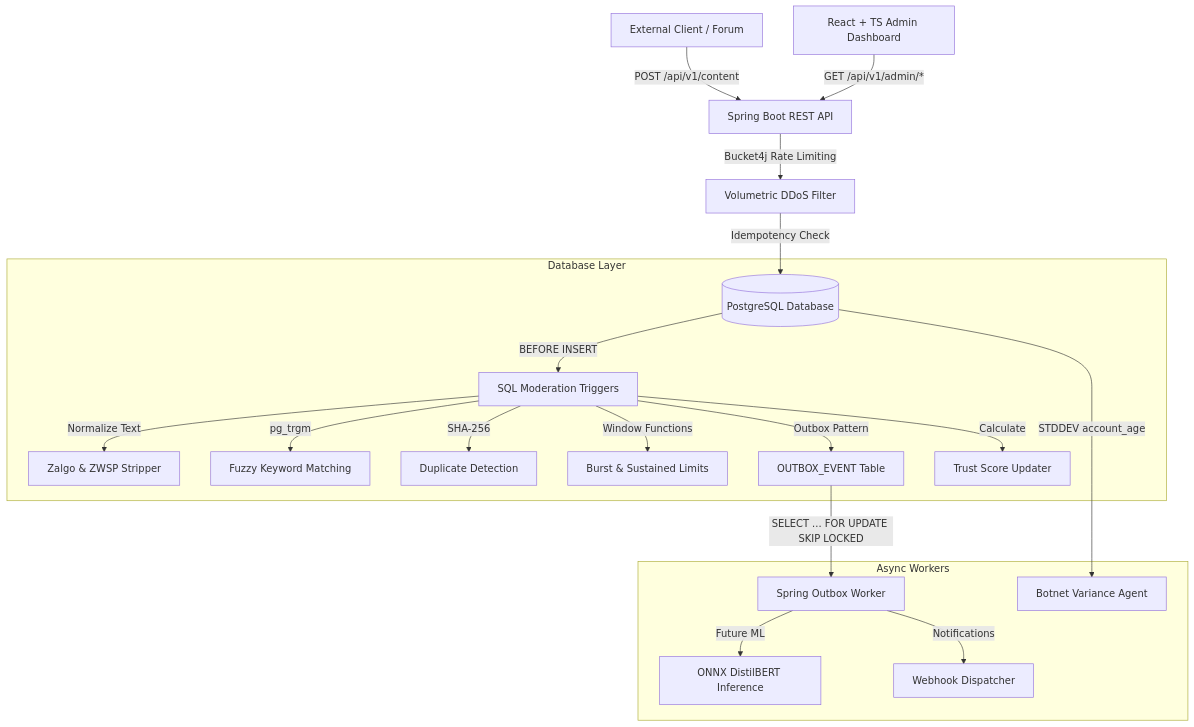
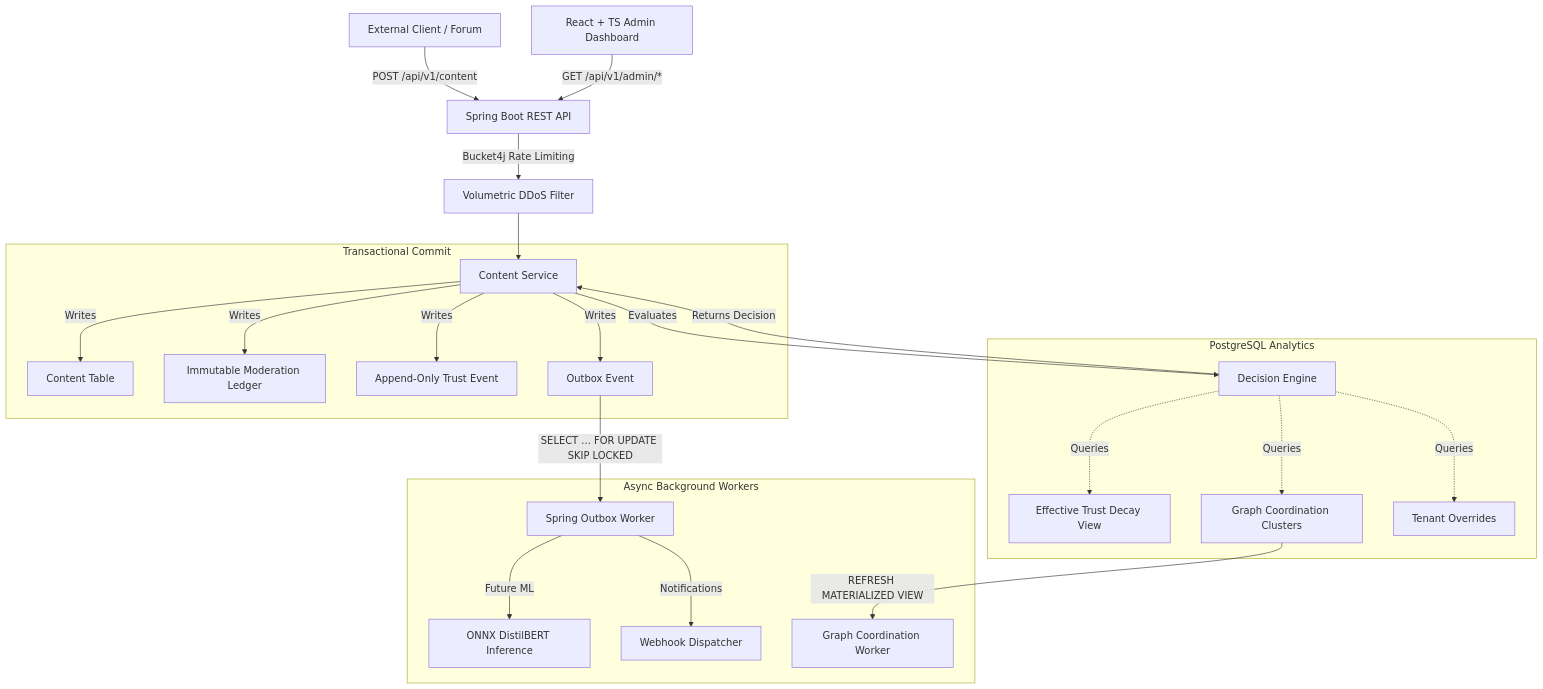
Before and after one commit to driv1sion/Shhmods: the diagram in README.md, drawn with Mermaid. The commit also changed other lines of this file and 24 other files, not shown here.

Commit message:
refactored database migrations and workers and updated docs

````diff
--- a/README.md
+++ b/README.md
@@ -17,26 +17,33 @@
 ```mermaid
 flowchart TD
     Client[External Client / Forum] -->|POST /api/v1/content| API[Spring Boot REST API]
     API -->|Bucket4j Rate Limiting| Filter[Volumetric DDoS Filter]
-    Filter -->|Idempotency Check| DB[(PostgreSQL Database)]
+    Filter --> ContentService[Content Service]
     
-    subgraph Database Layer
-        DB -->|BEFORE INSERT| Triggers[SQL Moderation Triggers]
-        Triggers -->|Normalize Text| Zalgo[Zalgo & ZWSP Stripper]
-        Triggers -->|pg_trgm| Fuzzy[Fuzzy Keyword Matching]
-        Triggers -->|SHA-256| Dup[Duplicate Detection]
-        Triggers -->|Window Functions| Limits[Burst & Sustained Limits]
-        Triggers -->|Outbox Pattern| OutboxTable[OUTBOX_EVENT Table]
-        Triggers -->|Calculate| Score[Trust Score Updater]
+    ContentService -->|Evaluates| DecisionEngine[Decision Engine]
+    
+    subgraph PostgreSQL Analytics
+        DecisionEngine -.->|Queries| Trust[Effective Trust Decay View]
+        DecisionEngine -.->|Queries| Graph[Graph Coordination Clusters]
+        DecisionEngine -.->|Queries| Policy[Tenant Overrides]
+    end
+    
+    DecisionEngine -->|Returns Decision| ContentService
+    
+    subgraph Transactional Commit
+        ContentService -->|Writes| Content[Content Table]
+        ContentService -->|Writes| Ledger[Immutable Moderation Ledger]
+        ContentService -->|Writes| TrustEvent[Append-Only Trust Event]
+        ContentService -->|Writes| Outbox[Outbox Event]
     end
 
-    subgraph Async Workers
-        OutboxTable -->|SELECT ... FOR UPDATE SKIP LOCKED| OutboxWorker[Spring Outbox Worker]
+    subgraph Async Background Workers
+        Outbox -->|SELECT ... FOR UPDATE SKIP LOCKED| OutboxWorker[Spring Outbox Worker]
         OutboxWorker -->|Future ML| ML[ONNX DistilBERT Inference]
         OutboxWorker -->|Notifications| Webhook[Webhook Dispatcher]
         
-        DB -->|STDDEV account_age| BotnetWorker[Botnet Variance Agent]
+        Graph -->|REFRESH MATERIALIZED VIEW| GraphWorker[Graph Coordination Worker]
     end
     
     AdminUI[React + TS Admin Dashboard] -->|GET /api/v1/admin/*| API
 ```
````
